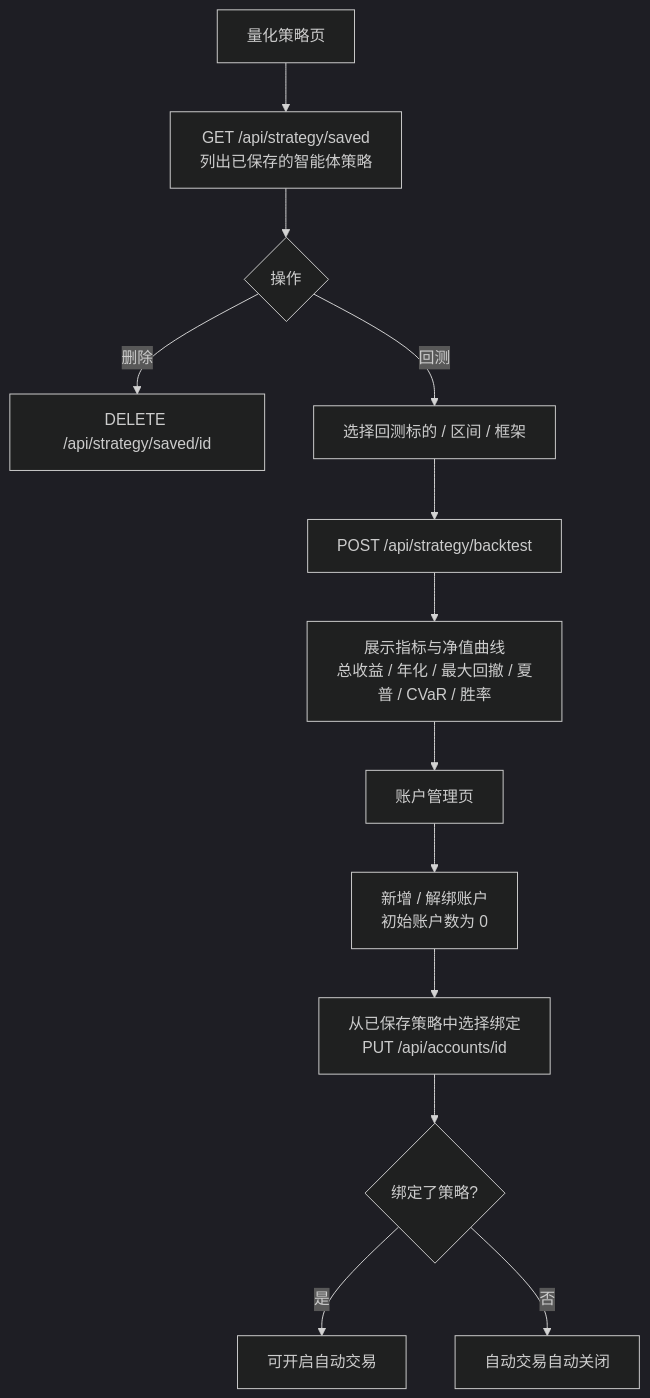
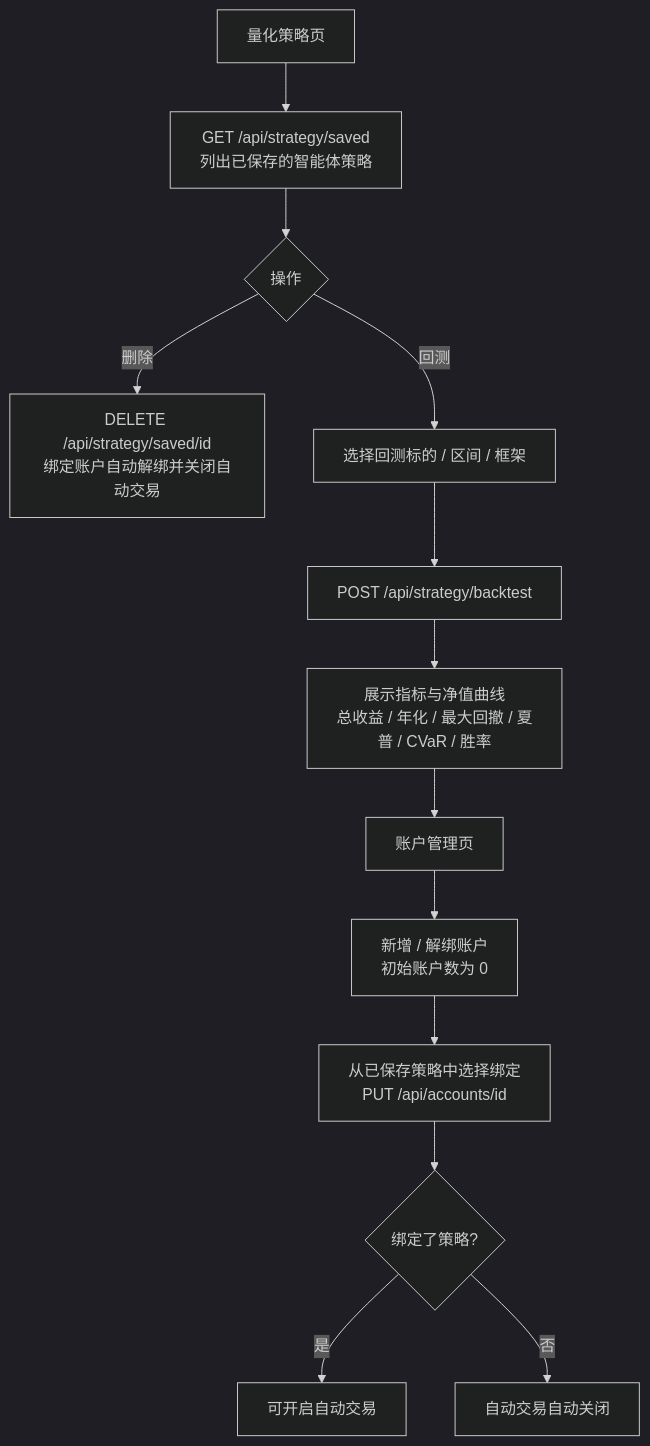
Before and after one commit to Song-Yingji/Iktsuarpok: diagram 11 of 11 in README.md, drawn with Mermaid (dark theme). The commit also changed other lines of this file and 24 other files, not shown here.

````diff
--- a/README.md
+++ b/README.md
@@ -315,15 +399,15 @@
 ```mermaid
 flowchart TD
     A[量化策略页] --> B[GET /api/strategy/saved<br/>列出已保存的智能体策略]
     B --> C{操作}
-    C -- 删除 --> D[DELETE /api/strategy/saved/id]
+    C -- 删除 --> D[DELETE /api/strategy/saved/id<br/>绑定账户自动解绑并关闭自动交易]
     C -- 回测 --> E[选择回测标的 / 区间 / 框架]
     E --> F[POST /api/strategy/backtest]
     F --> G[展示指标与净值曲线<br/>总收益 / 年化 / 最大回撤 / 夏普 / CVaR / 胜率]
     G --> H[账户管理页]
     H --> I[新增 / 解绑账户<br/>初始账户数为 0]
     I --> J[从已保存策略中选择绑定<br/>PUT /api/accounts/id]
     J --> K{绑定了策略?}
     K -- 是 --> L[可开启自动交易]
     K -- 否 --> M[自动交易自动关闭]
 ```
````
